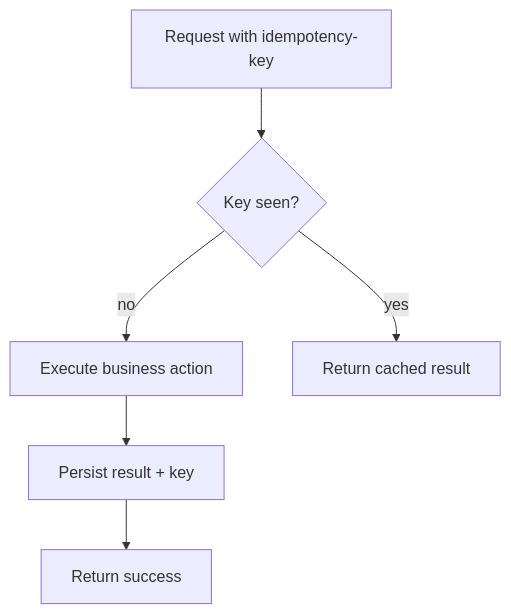
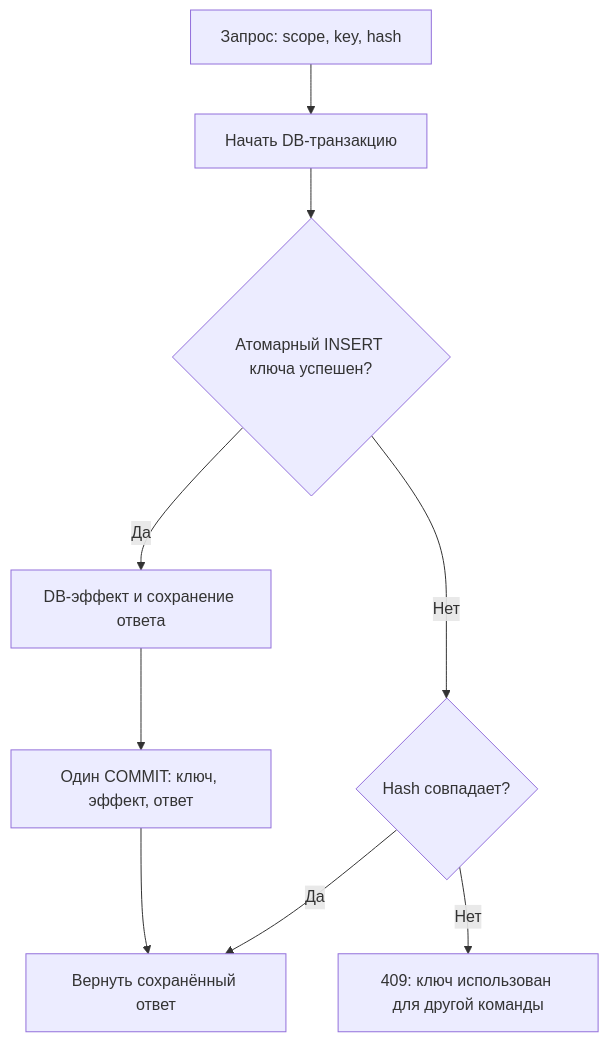
One commit to dzmitry-ramaniuk/development-info-collector changed the fourth of 4 diagrams in system design/13-consensus-и-распределенная-координация.md. Above: the diagram before and after it, drawn with Mermaid. The commit also changed other lines of this file and 77 other files, not shown here.

````diff
--- a/system design/13-consensus-и-распределенная-координация.md
+++ b/system design/13-consensus-и-распределенная-координация.md
@@ -113,8 +115,11 @@
 ```mermaid
 flowchart TD
-    A[Request with idempotency-key] --> B{Key seen?}
-    B -- no --> C[Execute business action]
-    C --> D[Persist result + key]
-    D --> E[Return success]
-    B -- yes --> F[Return cached result]
+    A[Запрос: scope, key, hash] --> B[Начать DB-транзакцию]
+    B --> C{Атомарный INSERT ключа успешен?}
+    C -- Да --> D[DB-эффект и сохранение ответа]
+    D --> E[Один COMMIT: ключ, эффект, ответ]
+    E --> F[Вернуть сохранённый ответ]
+    C -- Нет --> G{Hash совпадает?}
+    G -- Да --> F
+    G -- Нет --> H[409: ключ использован для другой команды]
 ```
````
